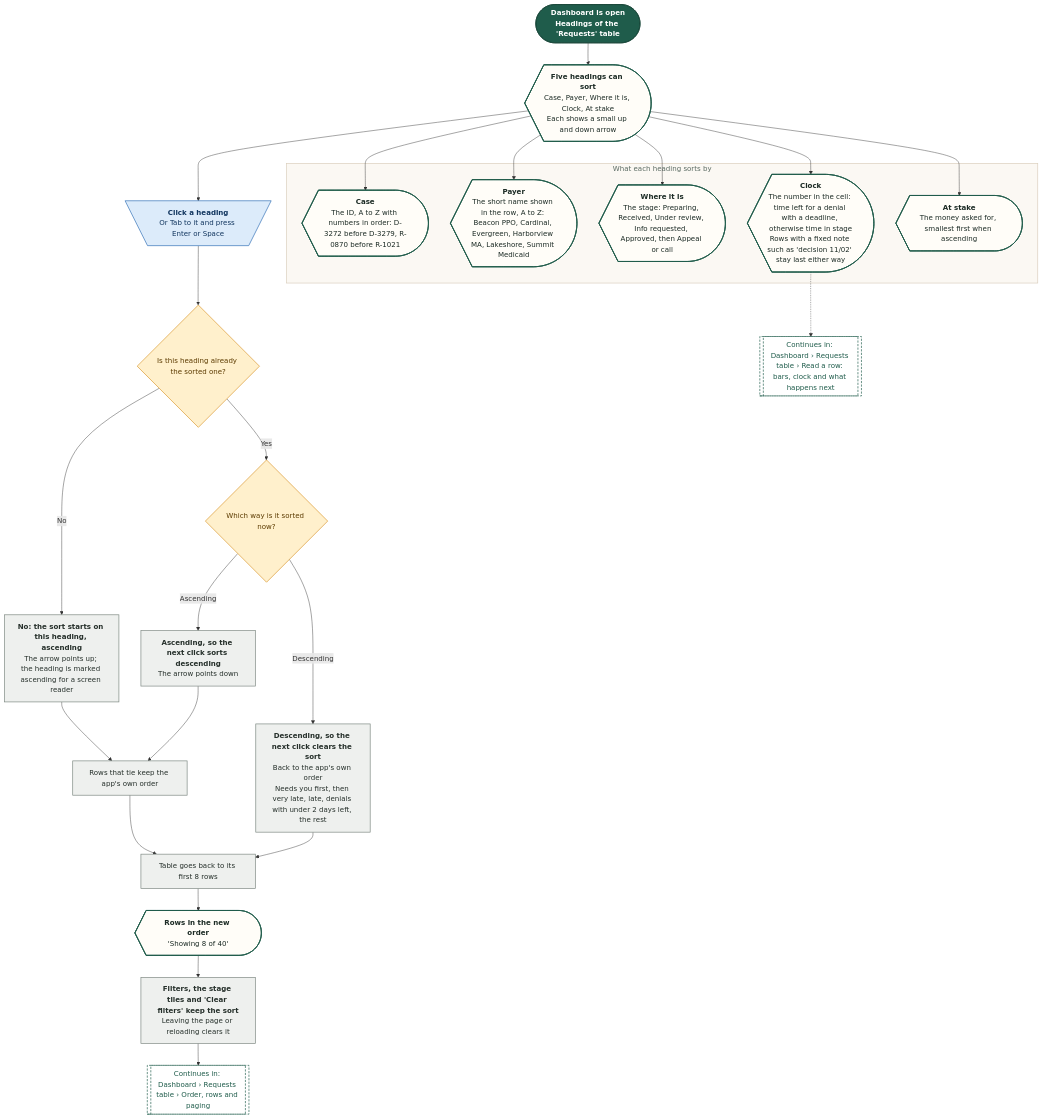
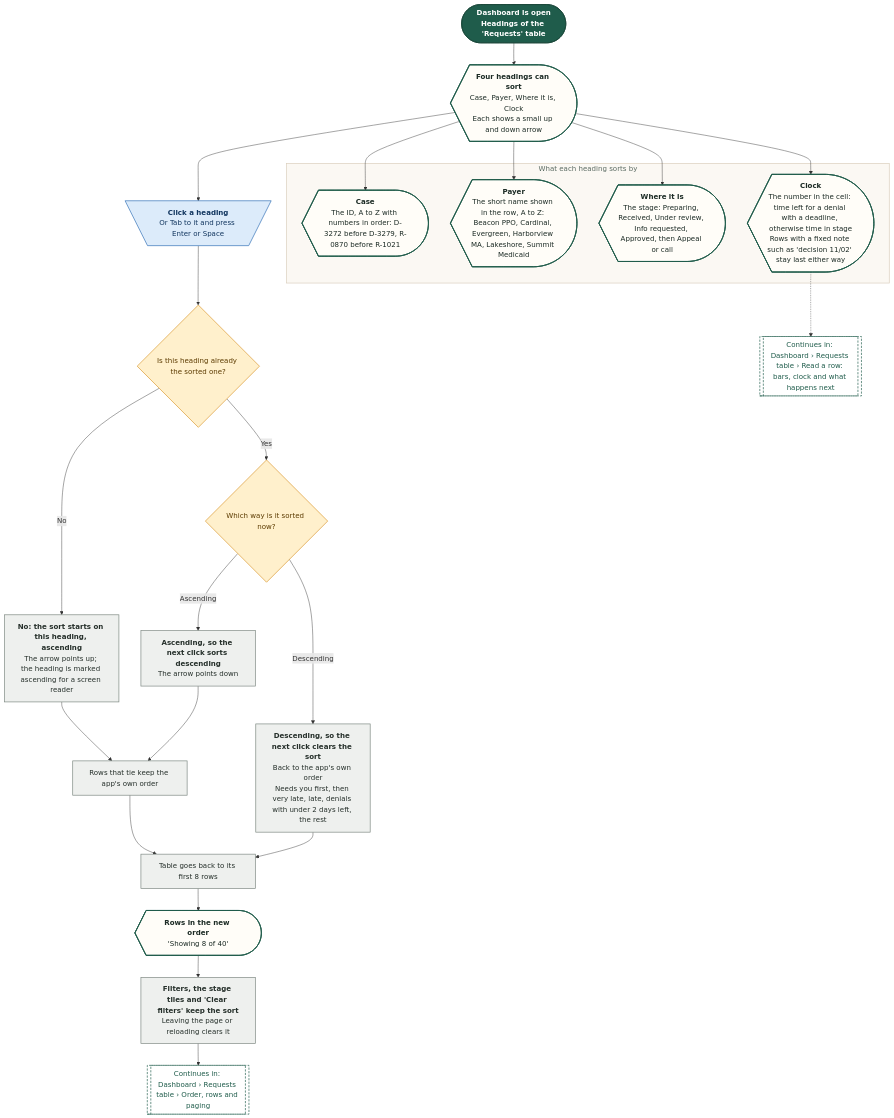
One commit to Shrav143/psyfloapp changed the diagram in demos/prior-auth-demo/workflows/out/mmd/02-dashboard/62-requests-table-sort-the-rows.mmd. Above: the diagram before and after it, drawn with Mermaid. The commit also changed 39 other files, not shown here.

First line of the commit message:
docs: appeal analysis report in the site map and README; rebuild the workflow diagrams (225)

```diff
--- a/demos/prior-auth-demo/workflows/out/mmd/02-dashboard/62-requests-table-sort-the-rows.mmd
+++ b/demos/prior-auth-demo/workflows/out/mmd/02-dashboard/62-requests-table-sort-the-rows.mmd
@@ -1,55 +1,54 @@
 %%{init: {"theme":"base","themeVariables":{"fontFamily":"'DM Sans', 'Segoe UI', system-ui, sans-serif","fontSize":"15px","lineColor":"#5B6B63","primaryTextColor":"#1C2B25","clusterBkg":"#FBF8F3","clusterBorder":"#D9CDBB","edgeLabelBackground":"#FFFFFF"},"flowchart":{"curve":"basis","nodeSpacing":36,"rankSpacing":48,"padding":12,"htmlLabels":true,"useMaxWidth":false,"wrappingWidth":230}} }%%
 flowchart TD
   classDef k_start fill:#1F5C4B,stroke:#174638,color:#FFFFFF,stroke-width:1.5px,font-weight:600
   classDef k_end fill:#DDEFE3,stroke:#2E7D4F,color:#14502F,stroke-width:1.5px,font-weight:600
   classDef k_endx fill:#FBE3E0,stroke:#C0392B,color:#7A1F16,stroke-width:1.5px,font-weight:600
   classDef k_screen fill:#FFFDF8,stroke:#1F5C4B,color:#1C2B25,stroke-width:2px
   classDef k_overlay fill:#F1F7F3,stroke:#1F5C4B,color:#1C2B25,stroke-width:2px,stroke-dasharray:5 3
   classDef k_click fill:#DCEBFA,stroke:#2F6DB5,color:#12365F,stroke-width:1.5px
   classDef k_input fill:#E4E7FF,stroke:#4C5FD5,color:#1D2670,stroke-width:1.5px
   classDef k_process fill:#EEF0EE,stroke:#7A857F,color:#26302B,stroke-width:1.5px
   classDef k_agent fill:#EEE5FA,stroke:#7A4FC2,color:#341A63,stroke-width:1.5px
   classDef k_decision fill:#FFF0CC,stroke:#D9962B,color:#5C3B00,stroke-width:1.5px
   classDef k_store fill:#D5F0EA,stroke:#1C8E7B,color:#0B4A3F,stroke-width:1.5px
   classDef k_doc fill:#F6E9DC,stroke:#B07A4C,color:#4A2E14,stroke-width:1.5px
   classDef k_ext fill:#FFE6D2,stroke:#E07B39,color:#6B2F06,stroke-width:1.5px
   classDef k_wait fill:#E4E8EE,stroke:#6B7C93,color:#26303D,stroke-width:1.5px
   classDef k_toast fill:#FFF9DB,stroke:#C9A400,color:#5A4A00,stroke-width:1.5px
   classDef k_goto fill:#FFFFFF,stroke:#1F5C4B,color:#1F5C4B,stroke-width:1.5px,stroke-dasharray:5 3
   s1@{ shape: stadium, label: "<b>Dashboard is open</b><br/>Headings of the 'Requests' table" }
-  h1@{ shape: curv-trap, label: "<b>Five headings can sort</b><br/>Case, Payer, Where it is, Clock, At stake<br/>Each shows a small up and down arrow" }
+  h1@{ shape: curv-trap, label: "<b>Four headings can sort</b><br/>Case, Payer, Where it is, Clock<br/>Each shows a small up and down arrow" }
   c1@{ shape: trap-t, label: "<b>Click a heading</b><br/>Or Tab to it and press Enter or Space" }
   d1@{ shape: diam, label: "Is this heading already the sorted one?" }
   p1@{ shape: rect, label: "<b>No: the sort starts on this heading, ascending</b><br/>The arrow points up; the heading is marked ascending for a screen reader" }
   d2@{ shape: diam, label: "Which way is it sorted now?" }
   p2@{ shape: rect, label: "<b>Ascending, so the next click sorts descending</b><br/>The arrow points down" }
   p3@{ shape: rect, label: "<b>Descending, so the next click clears the sort</b><br/>Back to the app's own order<br/>Needs you first, then very late, late, denials with under 2 days left, the rest" }
   p4@{ shape: rect, label: "Rows that tie keep the app's own order" }
   p5@{ shape: rect, label: "Table goes back to its first 8 rows" }
   sc@{ shape: curv-trap, label: "<b>Rows in the new order</b><br/>'Showing 8 of 40'" }
   subgraph gKeys ["What each heading sorts by"]
   k1@{ shape: curv-trap, label: "<b>Case</b><br/>The ID, A to Z with numbers in order: D-3272 before D-3279, R-0870 before R-1021" }
   k2@{ shape: curv-trap, label: "<b>Payer</b><br/>The short name shown in the row, A to Z: Beacon PPO, Cardinal, Evergreen, Harborview MA, Lakeshore, Summit Medicaid" }
   k3@{ shape: curv-trap, label: "<b>Where it is</b><br/>The stage: Preparing, Received, Under review, Info requested, Approved, then Appeal or call" }
   k4@{ shape: curv-trap, label: "<b>Clock</b><br/>The number in the cell: time left for a denial with a deadline, otherwise time in stage<br/>Rows with a fixed note such as 'decision 11/02' stay last either way" }
-  k5@{ shape: curv-trap, label: "<b>At stake</b><br/>The money asked for, smallest first when ascending" }
   end
   p6@{ shape: rect, label: "<b>Filters, the stage tiles and 'Clear filters' keep the sort</b><br/>Leaving the page or reloading clears it" }
   g1@{ shape: subproc, label: "Continues in: Dashboard › Requests table › Order, rows and paging" }
   g2@{ shape: subproc, label: "Continues in: Dashboard › Requests table › Read a row: bars, clock and what happens next" }
   s1 --> h1 --> c1 --> d1
   d1 -->|"No"| p1 --> p4
   d1 -->|"Yes"| d2
   d2 -->|"Ascending"| p2 --> p4
   d2 -->|"Descending"| p3 --> p5
   p4 --> p5 --> sc
   sc --> p6 --> g1
-  h1 --> k1 & k2 & k3 & k4 & k5
+  h1 --> k1 & k2 & k3 & k4
   k4 -.-> g2
   class s1 k_start
-  class h1,sc,k1,k2,k3,k4,k5 k_screen
+  class h1,sc,k1,k2,k3,k4 k_screen
   class c1 k_click
   class d1,d2 k_decision
   class p1,p2,p3,p4,p5,p6 k_process
   class g1,g2 k_goto
   style gKeys fill:#FBF8F3,stroke:#D9CDBB,stroke-width:1.5px,color:#5B6B63
```
